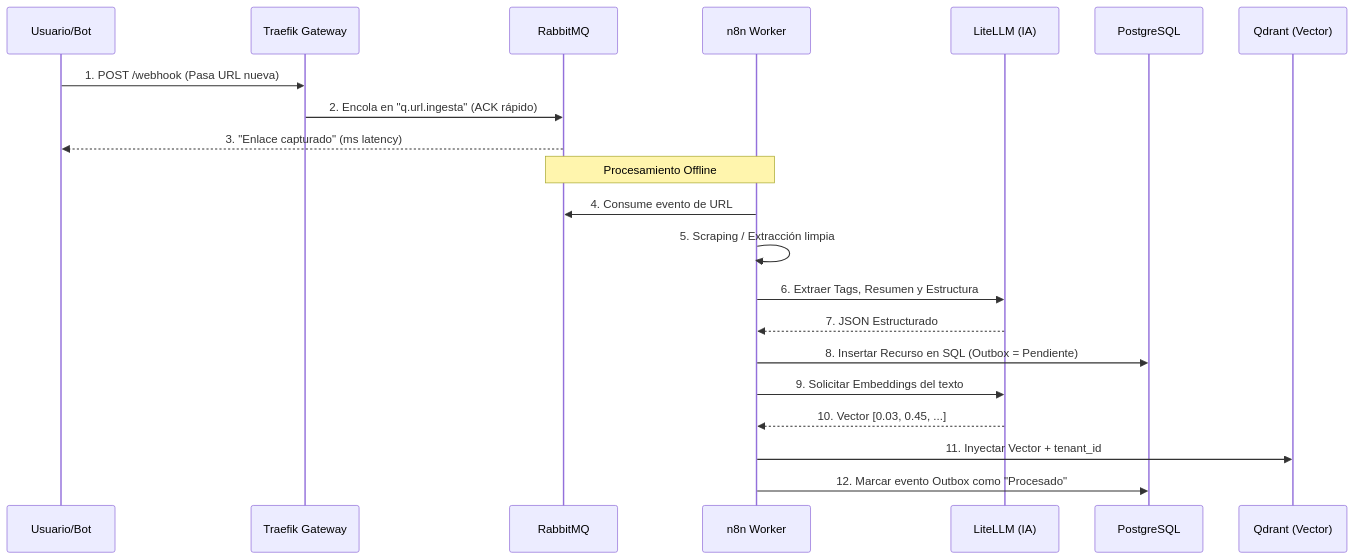
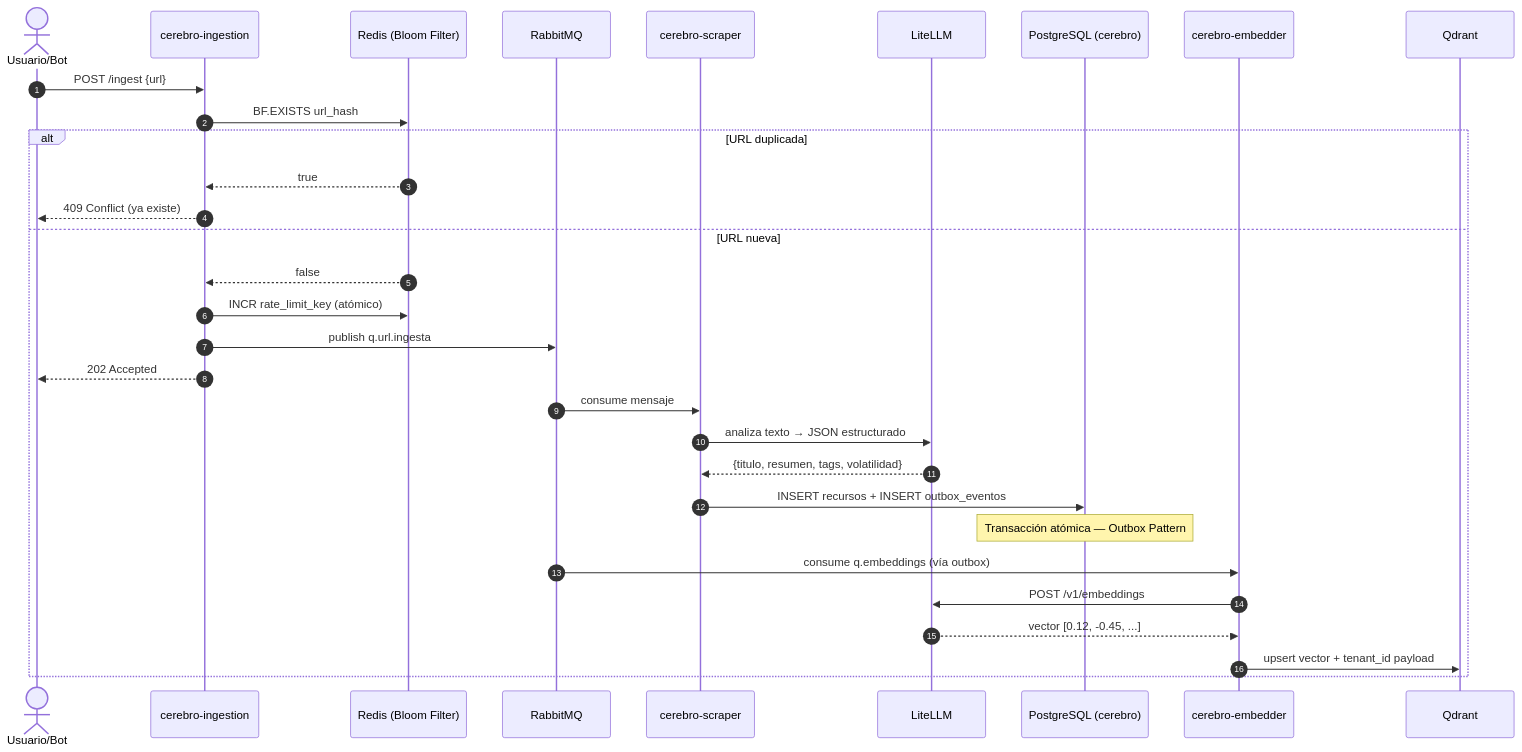
The second of 5 diagrams in docs/src/6_arquitectura.md (sylfG/linkanvil), drawn with Mermaid before and after one commit. The commit also changed other lines of this file and 6 other files, not shown here.

````diff
--- a/docs/src/6_arquitectura.md
+++ b/docs/src/6_arquitectura.md
@@ -113,26 +136,34 @@
 ```mermaid
 sequenceDiagram
-    participant U as Usuario/Bot
-    participant API as Traefik Gateway
+    autonumber
+    actor U as Usuario/Bot
+    participant IG as cerebro-ingestion
+    participant RD as Redis (Bloom Filter)
     participant MQ as RabbitMQ
-    participant W as n8n Worker
-    participant LLM as LiteLLM (IA)
-    participant PG as PostgreSQL
-    participant QD as Qdrant (Vector)
+    participant SC as cerebro-scraper
+    participant LLM as LiteLLM
+    participant PG as PostgreSQL (cerebro)
+    participant EM as cerebro-embedder
+    participant QD as Qdrant
 
-    U->>API: 1. POST /webhook (Pasa URL nueva)
-    API->>MQ: 2. Encola en "q.url.ingesta" (ACK rápido)
-    MQ-->>U: 3. "Enlace capturado" (ms latency)
-    
-    Note over MQ, W: Procesamiento Offline
-    
-    W->>MQ: 4. Consume evento de URL
-    W->>W: 5. Scraping / Extracción limpia
-    W->>LLM: 6. Extraer Tags, Resumen y Estructura
-    LLM-->>W: 7. JSON Estructurado
-    W->>PG: 8. Insertar Recurso en SQL (Outbox = Pendiente)
-    W->>LLM: 9. Solicitar Embeddings del texto
-    LLM-->>W: 10. Vector [0.03, 0.45, ...]
-    W->>QD: 11. Inyectar Vector + tenant_id
-    W->>PG: 12. Marcar evento Outbox como "Procesado"
+    U->>IG: POST /ingest {url}
+    IG->>RD: BF.EXISTS url_hash
+    alt URL duplicada
+        RD-->>IG: true
+        IG-->>U: 409 Conflict (ya existe)
+    else URL nueva
+        RD-->>IG: false
+        IG->>RD: INCR rate_limit_key (atómico)
+        IG->>MQ: publish q.url.ingesta
+        IG-->>U: 202 Accepted
+        MQ->>SC: consume mensaje
+        SC->>LLM: analiza texto → JSON estructurado
+        LLM-->>SC: {titulo, resumen, tags, volatilidad}
+        SC->>PG: INSERT recursos + INSERT outbox_eventos
+        Note over PG: Transacción atómica — Outbox Pattern
+        MQ->>EM: consume q.embeddings (vía outbox)
+        EM->>LLM: POST /v1/embeddings
+        LLM-->>EM: vector [0.12, -0.45, ...]
+        EM->>QD: upsert vector + tenant_id payload
+    end
 ```
````
